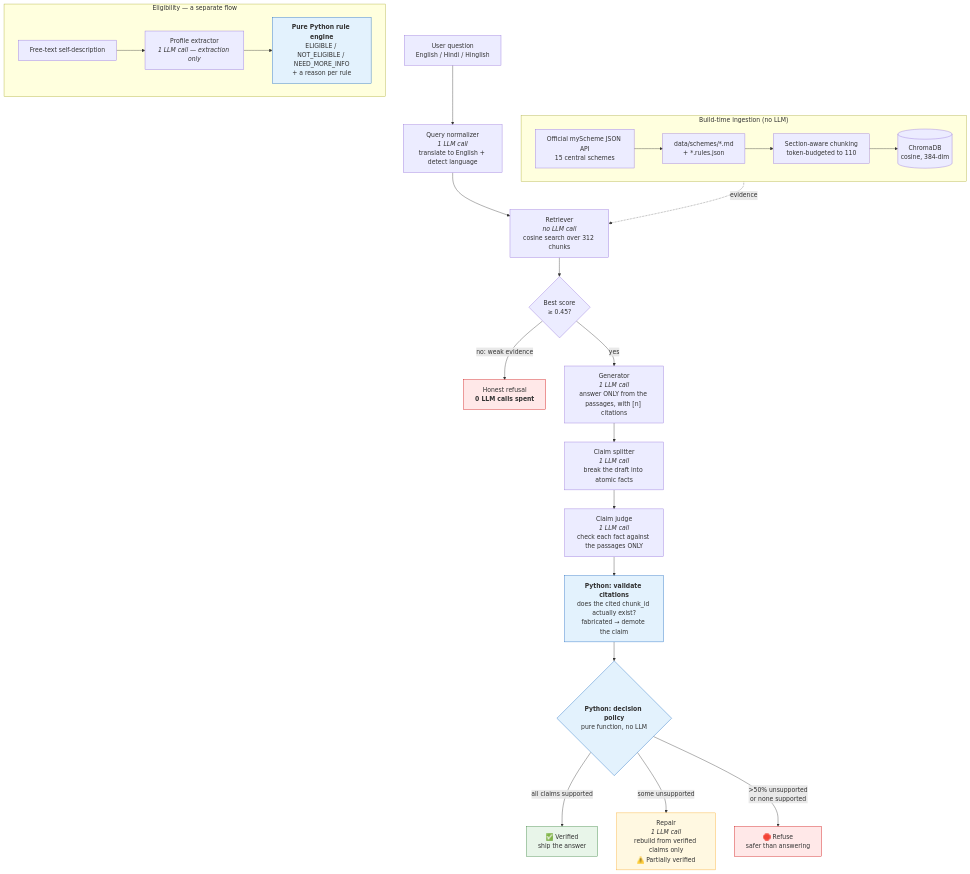
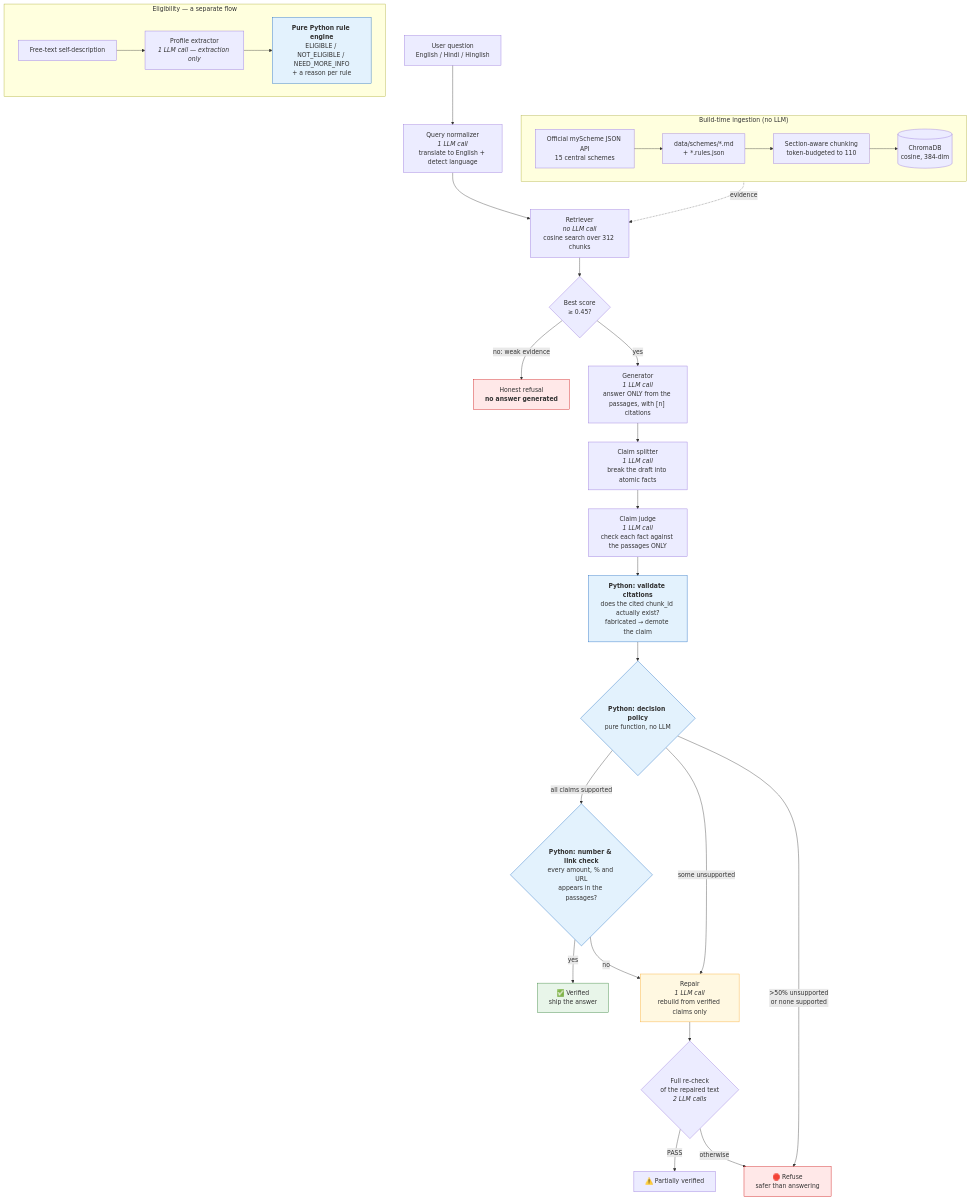
The diagram in README.md (aakashc23/schemesure), drawn with Mermaid before and after one commit. The commit also changed other lines of this file and 11 other files, not shown here.

First line of the commit message:
Docs for the mid-term evaluation: progress, architecture, research, demo, tests, roadmap

````diff
--- a/README.md
+++ b/README.md
@@ -60,43 +57,49 @@
 ```mermaid
 flowchart TD
     Q["User question<br/>English / Hindi / Hinglish"] --> N["Query normalizer<br/><i>1 LLM call</i><br/>translate to English + detect language"]
     N --> R["Retriever<br/><i>no LLM call</i><br/>cosine search over 312 chunks"]
 
     R --> C{"Best score<br/>&ge; 0.45?"}
-    C -- "no: weak evidence" --> REF["Honest refusal<br/><b>0 LLM calls spent</b>"]
+    C -- "no: weak evidence" --> REF["Honest refusal<br/><b>no answer generated</b>"]
 
     C -- yes --> G["Generator<br/><i>1 LLM call</i><br/>answer ONLY from the passages, with [n] citations"]
 
     G --> S["Claim splitter<br/><i>1 LLM call</i><br/>break the draft into atomic facts"]
     S --> J["Claim judge<br/><i>1 LLM call</i><br/>check each fact against the passages ONLY"]
 
     J --> V["<b>Python: validate citations</b><br/>does the cited chunk_id actually exist?<br/>fabricated &rarr; demote the claim"]
     V --> D{"<b>Python: decision policy</b><br/>pure function, no LLM"}
 
-    D -- "all claims supported" --> PASS["✅ Verified<br/>ship the answer"]
-    D -- "some unsupported" --> REP["Repair<br/><i>1 LLM call</i><br/>rebuild from verified claims only<br/>⚠️ Partially verified"]
+    D -- "all claims supported" --> NG{"<b>Python: number &amp; link check</b><br/>every amount, % and URL<br/>appears in the passages?"}
+    NG -- yes --> PASS["✅ Verified<br/>ship the answer"]
+    NG -- no --> REP
+    D -- "some unsupported" --> REP["Repair<br/><i>1 LLM call</i><br/>rebuild from verified claims only"]
+    REP --> RC{"Full re-check<br/>of the repaired text<br/><i>2 LLM calls</i>"}
+    RC -- PASS --> PV["⚠️ Partially verified"]
+    RC -- otherwise --> BLOCK
     D -- "&gt;50% unsupported<br/>or none supported" --> BLOCK["🛑 Refuse<br/>safer than answering"]
 
     subgraph ING ["Build-time ingestion (no LLM)"]
         direction LR
         API["Official myScheme JSON API<br/>15 central schemes"] --> MD["data/schemes/*.md<br/>+ *.rules.json"]
         MD --> CH["Section-aware chunking<br/>token-budgeted to 110"]
         CH --> DB[("ChromaDB<br/>cosine, 384-dim")]
     end
 
     DB -.->|"evidence"| R
 
     subgraph ELIG ["Eligibility — a separate flow"]
         direction LR
         P["Free-text self-description"] --> EX["Profile extractor<br/><i>1 LLM call — extraction only</i>"]
         EX --> RULES["<b>Pure Python rule engine</b><br/>ELIGIBLE / NOT_ELIGIBLE / NEED_MORE_INFO<br/>+ a reason per rule"]
     end
 
     style REF fill:#ffe8e8,stroke:#c00
     style BLOCK fill:#ffe8e8,stroke:#c00
     style PASS fill:#e8f5e9,stroke:#2e7d32
     style REP fill:#fff8e1,stroke:#f9a825
     style V fill:#e3f2fd,stroke:#1565c0
+    style NG fill:#e3f2fd,stroke:#1565c0
     style D fill:#e3f2fd,stroke:#1565c0
     style RULES fill:#e3f2fd,stroke:#1565c0
 ```
````
